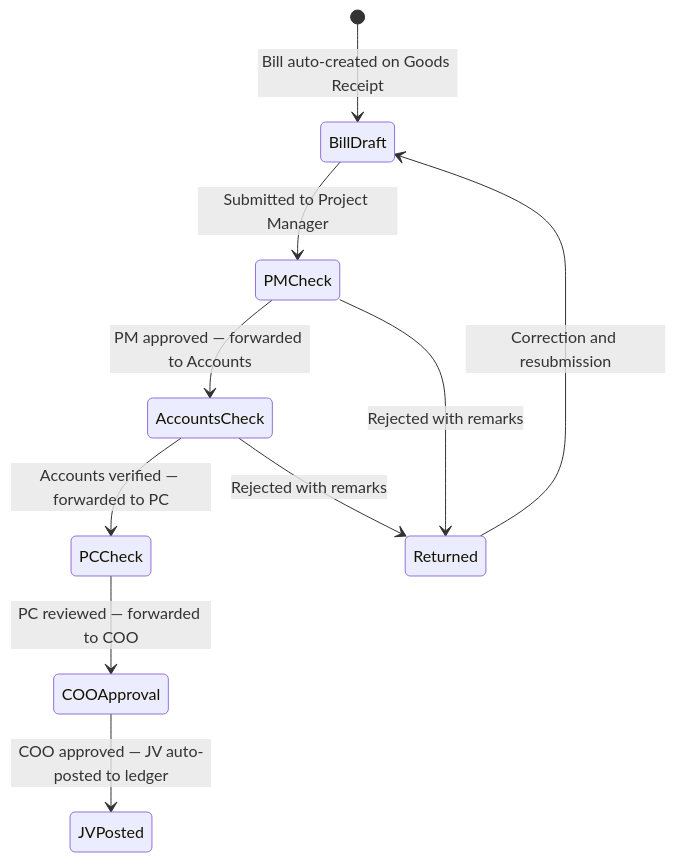
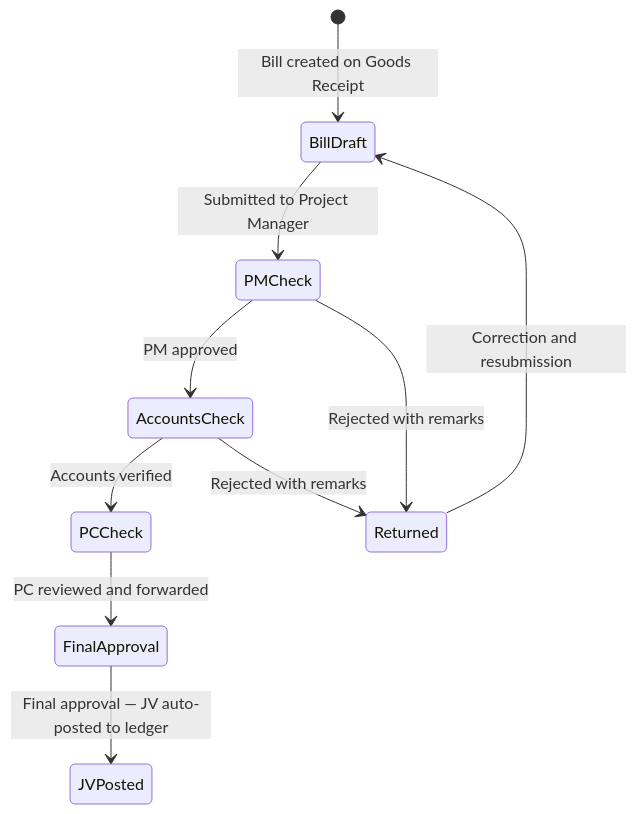
The third of 4 diagrams in README.md (ShakhawatSakib9/Constrcution_MIS), drawn with Mermaid before and after one commit. The commit also changed other lines of this file and 1 other file, not shown here.

````diff
--- a/README.md
+++ b/README.md
@@ -187,12 +193,12 @@
 ```mermaid
 stateDiagram-v2
-    [*] --> BillDraft: Bill auto-created on Goods Receipt
+    [*] --> BillDraft: Bill created on Goods Receipt
     BillDraft --> PMCheck: Submitted to Project Manager
-    PMCheck --> AccountsCheck: PM approved — forwarded to Accounts
-    AccountsCheck --> PCCheck: Accounts verified — forwarded to PC
-    PCCheck --> COOApproval: PC reviewed — forwarded to COO
-    COOApproval --> JVPosted: COO approved — JV auto-posted to ledger
+    PMCheck --> AccountsCheck: PM approved
+    AccountsCheck --> PCCheck: Accounts verified
+    PCCheck --> FinalApproval: PC reviewed and forwarded
+    FinalApproval --> JVPosted: Final approval — JV auto-posted to ledger
     PMCheck --> Returned: Rejected with remarks
     AccountsCheck --> Returned: Rejected with remarks
     Returned --> BillDraft: Correction and resubmission
 ```
````
